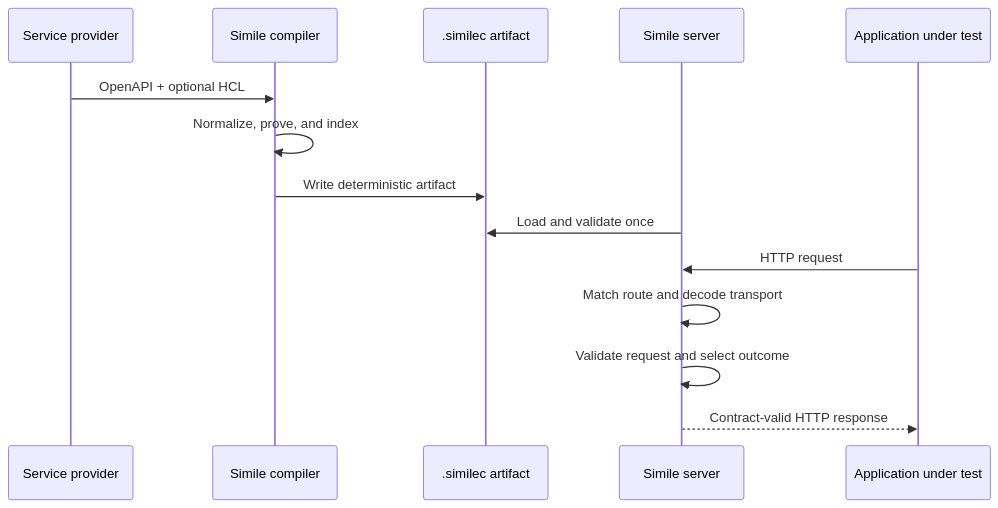
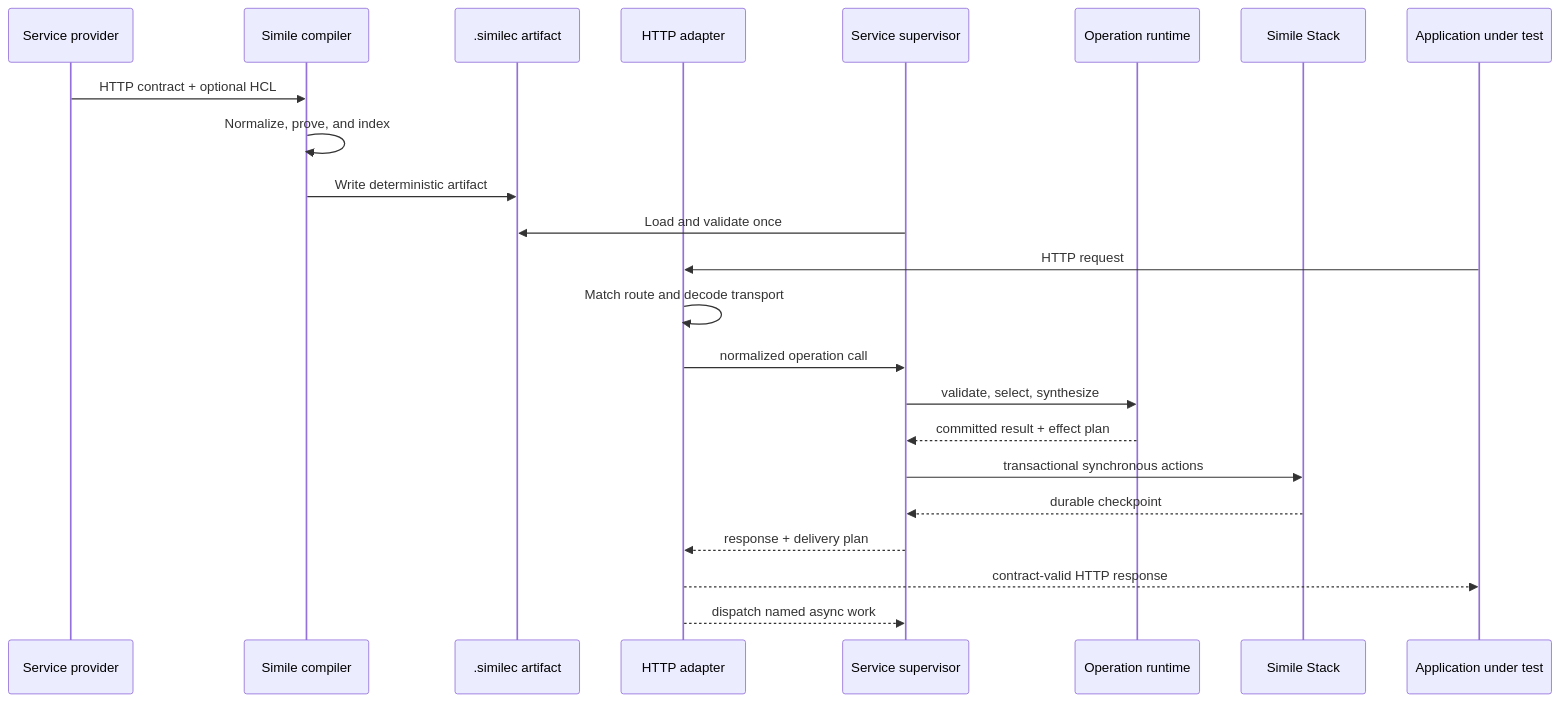
The second of 2 diagrams in docs/architecture.md (inttegro/simile), drawn with Mermaid before and after one commit. The commit also changed other lines of this file and 26 other files, not shown here.

````diff
--- a/docs/architecture.md
+++ b/docs/architecture.md
@@ -36,17 +43,26 @@
 ```mermaid
 sequenceDiagram
   participant P as Service provider
   participant C as Simile compiler
   participant A as .similec artifact
-  participant S as Simile server
+  participant H as HTTP adapter
+  participant S as Service supervisor
+  participant R as Operation runtime
+  participant K as Simile Stack
   participant T as Application under test
 
-  P->>C: OpenAPI + optional HCL
+  P->>C: HTTP contract + optional HCL
   C->>C: Normalize, prove, and index
   C->>A: Write deterministic artifact
   S->>A: Load and validate once
-  T->>S: HTTP request
-  S->>S: Match route and decode transport
-  S->>S: Validate request and select outcome
-  S-->>T: Contract-valid HTTP response
+  T->>H: HTTP request
+  H->>H: Match route and decode transport
+  H->>S: normalized operation call
+  S->>R: validate, select, synthesize
+  R-->>S: committed result + effect plan
+  S->>K: transactional synchronous actions
+  K-->>S: durable checkpoint
+  S-->>H: response + delivery plan
+  H-->>T: contract-valid HTTP response
+  H-->>S: dispatch named async work
 ```
````
